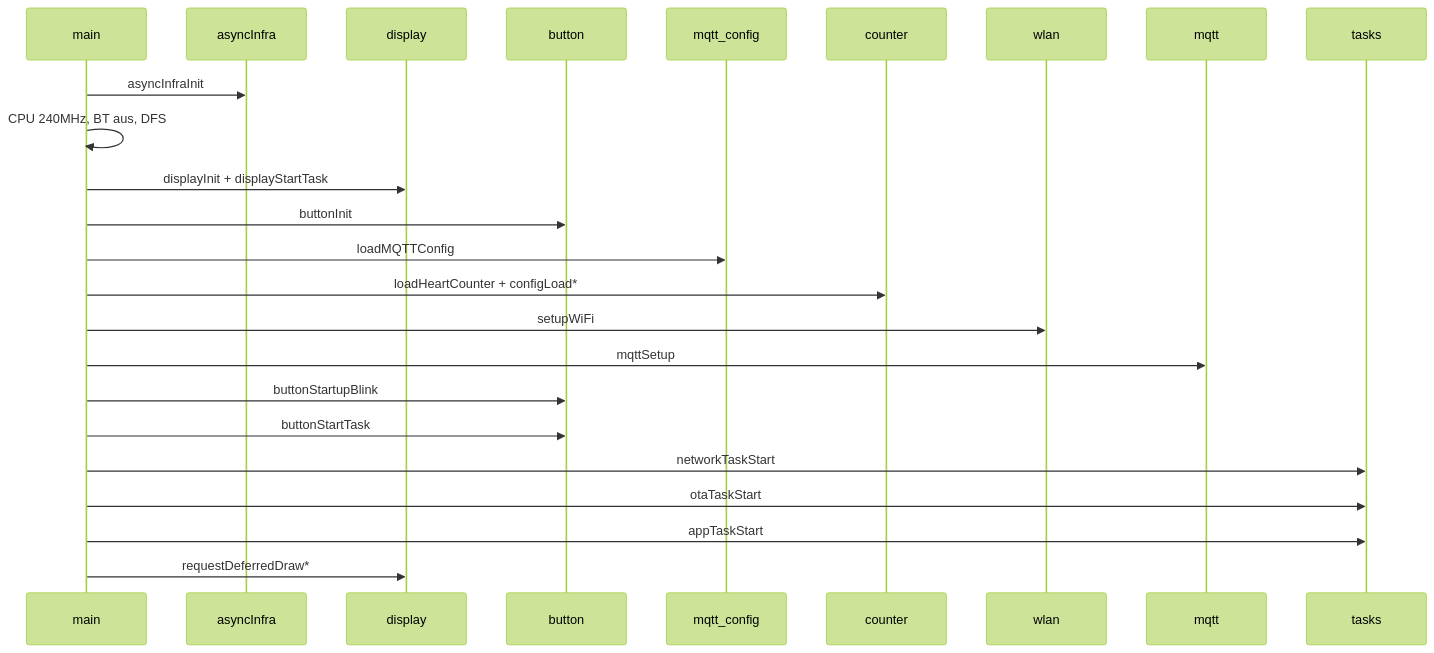
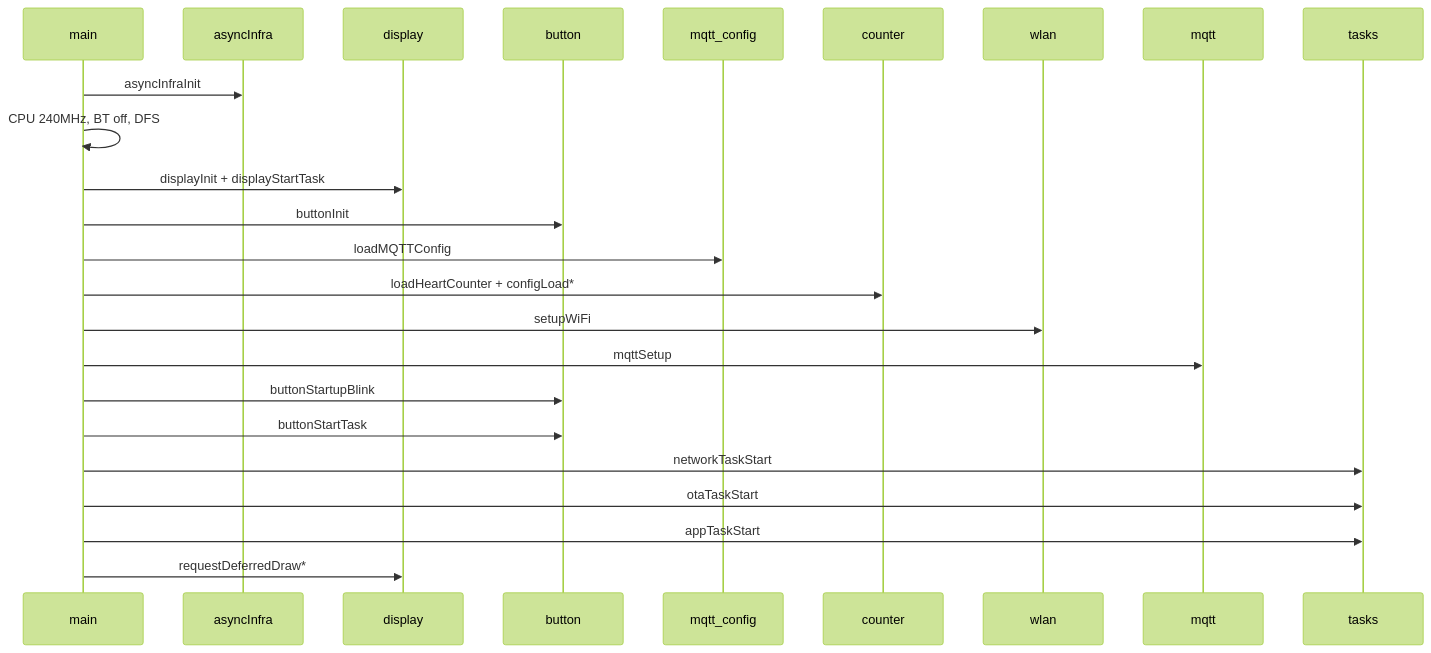
The second of 3 diagrams in docs/ARCHITECTURE.md (EyJunge1/chaya2mqtt), drawn with Mermaid (forest theme) before and after one commit. The commit also changed other lines of this file and 43 other files, not shown here.

````diff
--- a/docs/ARCHITECTURE.md
+++ b/docs/ARCHITECTURE.md
@@ -107,27 +107,27 @@
 ```mermaid
 sequenceDiagram
     participant M as main
     participant A as asyncInfra
     participant D as display
     participant B as button
     participant C as mqtt_config
     participant N as counter
     participant W as wlan
     participant Q as mqtt
     participant T as tasks
 
     M->>A: asyncInfraInit
-    M->>M: CPU 240MHz, BT aus, DFS
+    M->>M: CPU 240MHz, BT off, DFS
     M->>D: displayInit + displayStartTask
     M->>B: buttonInit
     M->>C: loadMQTTConfig
     M->>N: loadHeartCounter + configLoad*
     M->>W: setupWiFi
     M->>Q: mqttSetup
     M->>B: buttonStartupBlink
     M->>B: buttonStartTask
     M->>T: networkTaskStart
     M->>T: otaTaskStart
     M->>T: appTaskStart
     M->>D: requestDeferredDraw*
 ```
````
